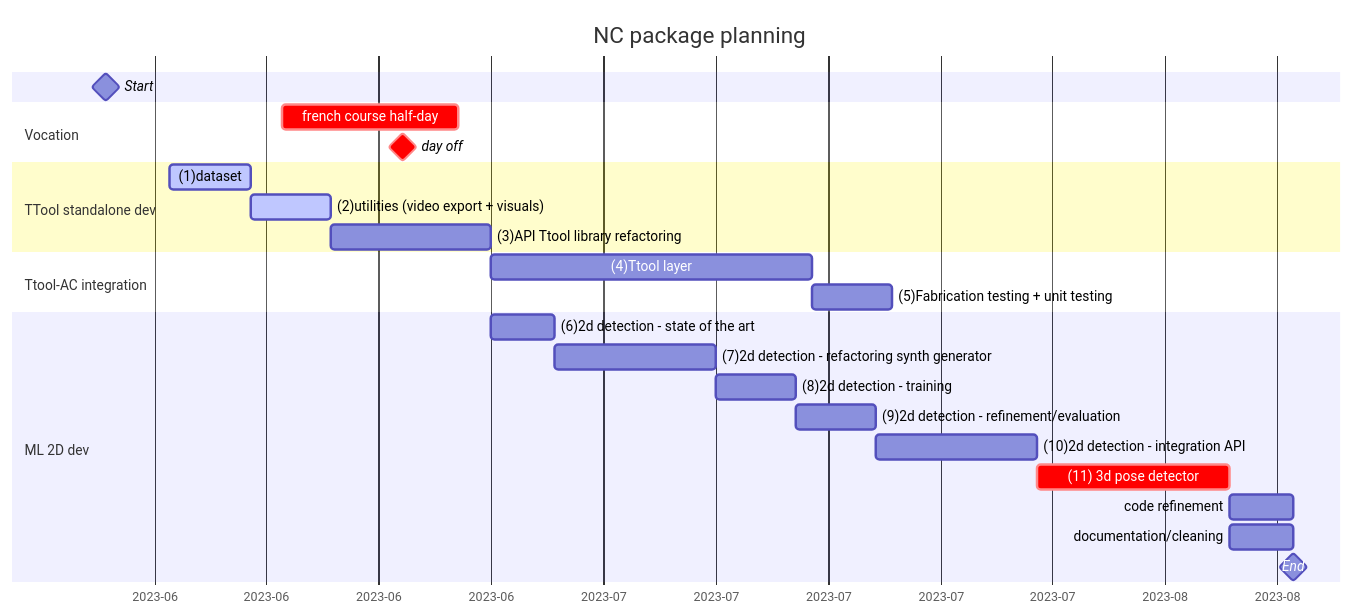
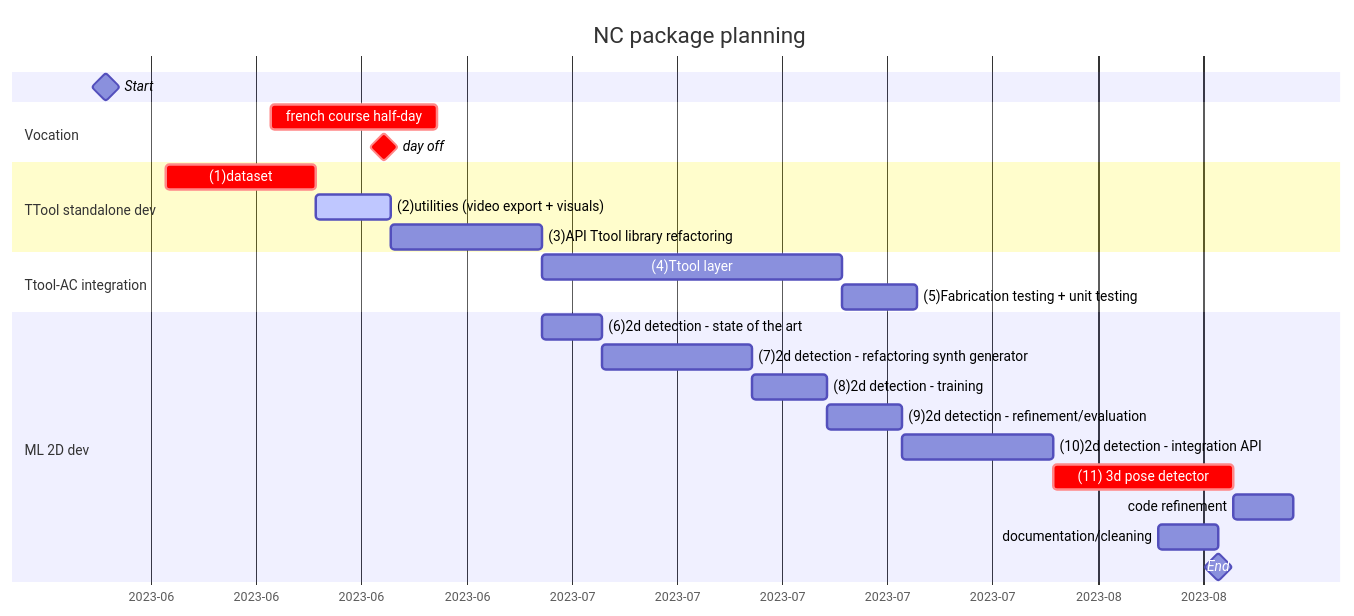
One commit to ibois-epfl/augmented-carpentry changed the first of 2 diagrams in README.md. Above: the diagram before and after it, drawn with Mermaid.

````diff
--- a/README.md
+++ b/README.md
@@ -9,34 +9,34 @@
 ```mermaid
 gantt
     dateFormat  YYYY-MM-DD
     title       NC package planning
     axisFormat %Y-%m
 
     Start                                                     :milestone, strt, 2023-06-01, 0d
 
     section Vocation
     french course half-day                                    :crit, 2023-06-12, 2023-06-23
     day off                                                   :crit, milestone, 2023-06-16
 
     section TTool standalone dev
-    (1)dataset                                                   :active, dtset, 2023-06-05, 5d
+    (1)dataset                                                   :crit, dtset, 2023-06-05, 10d
     (2)utilities (video export + visuals)                        :active, util, after dtset, 5d
     (3)API Ttool library refactoring                             :apirefct, after util, 10d
 
     section Ttool-AC integration
     (4)Ttool layer                                               :ttollay, after apirefct, 20d
     (5)Fabrication testing + unit testing                        :ftref, after ttollay, 5d
 
     section ML 2D dev
     (6)2d detection - state of the art                           :2ddetsota, after apirefct, 4d
     (7)2d detection - refactoring synth generator                :2ddetref, after 2ddetsota, 10d
     (8)2d detection - training                                   :2ddettra, after 2ddetref, 5d
     (9)2d detection - refinement/evaluation                      :2ddetrefin, after 2ddettra, 5d
     (10)2d detection - integration API                           :2ddetinteg, after 2ddetrefin, 10d
     (11) 3d pose detector                                        :crit, 3dposde, after 2ddetinteg, 12d
 
     code refinement                                           :ref, after 3dposde, 4d
     documentation/cleaning                                    :docclean, 2023-08-10, 2023-08-14
 
     End                                                       :milestone, ender, 2023-08-14, 0d
 ```
````
